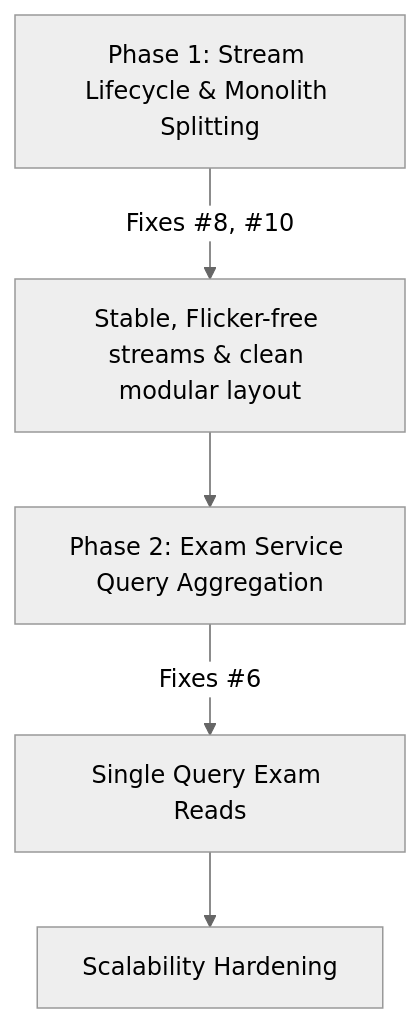
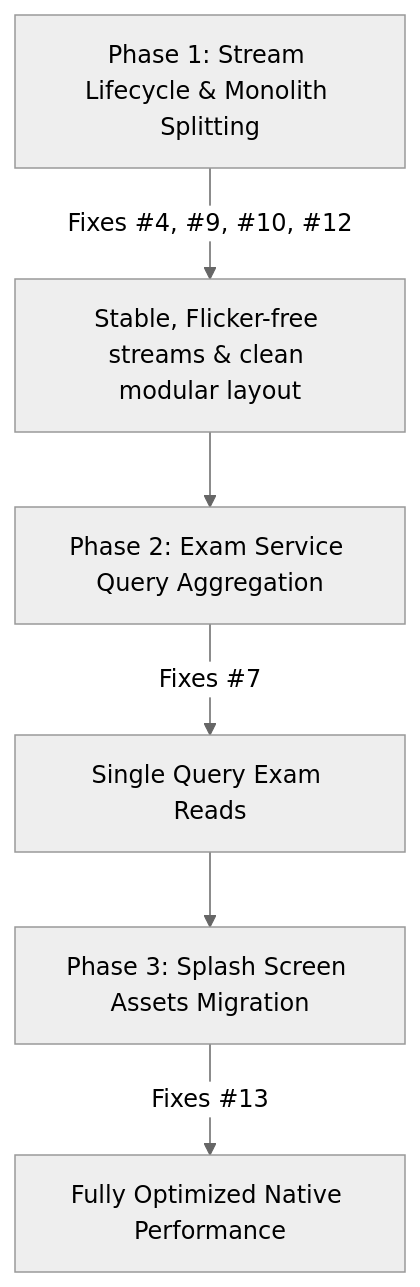
The diagram in PERFORMANCE_REPORT.md (PandeyUpendra/school-attendance-app), drawn with Mermaid (neutral theme) before and after one commit. The commit also changed other lines of this file and 2 other files, not shown here.

Commit message:
docs/fix: update performance and bug reports, handle missing teacher fallback in staff task screen

````diff
--- a/PERFORMANCE_REPORT.md
+++ b/PERFORMANCE_REPORT.md
@@ -201,7 +196,8 @@
 ```mermaid
 graph TD
-    A["Phase 1: Stream Lifecycle & Monolith Splitting"] -->|Fixes #8, #10| B["Stable, Flicker-free streams & clean modular layout"]
+    A["Phase 1: Stream Lifecycle & Monolith Splitting"] -->|Fixes #4, #9, #10, #12| B["Stable, Flicker-free streams & clean modular layout"]
     B --> C["Phase 2: Exam Service Query Aggregation"]
-    C -->|Fixes #6| D["Single Query Exam Reads"]
-    D --> E["Scalability Hardening"]
+    C -->|Fixes #7| D["Single Query Exam Reads"]
+    D --> E["Phase 3: Splash Screen Assets Migration"]
+    E -->|Fixes #13| F["Fully Optimized Native Performance"]
 ```
````
